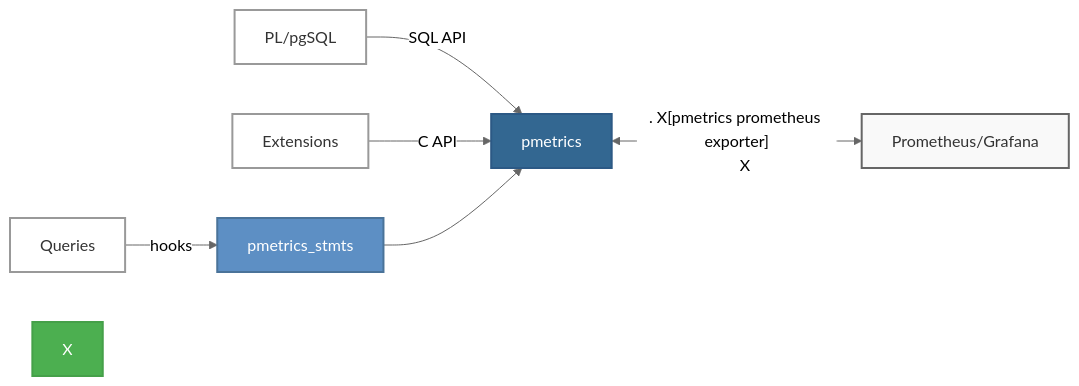
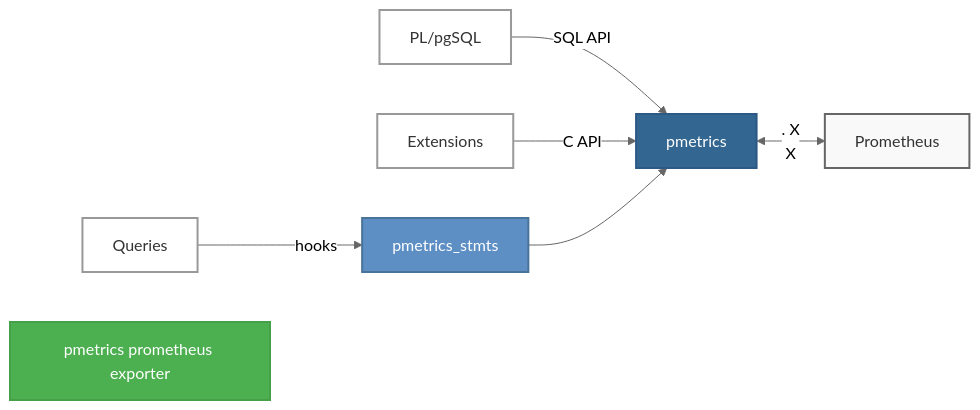
Before and after one commit to v0idpwn-industries/pmetrics: the diagram in README.md, drawn with Mermaid (neutral theme).

````diff
--- a/README.md
+++ b/README.md
@@ -5,22 +5,23 @@
 ```mermaid
 graph LR
     Q[Queries]
     P[PL/pgSQL]
     E[Extensions]
+    X[pmetrics prometheus exporter]
 
     Q -->|hooks| S[pmetrics_stmts]
     P -->|SQL API| C[pmetrics]
     E -->|C API| C
     S --> C
 
-    C <--. X[pmetrics prometheus exporter]
-    X --> M[Prometheus/Grafana]
+    C <--. X
+    X --> M[Prometheus]
 
     style C fill:#336791,stroke:#2c5985,stroke-width:2px,color:#fff
     style S fill:#5d8fc4,stroke:#4a7399,stroke-width:2px,color:#fff
     style X fill:#4CAF50,stroke:#45a049,stroke-width:2px,color:#fff
     style M fill:#f9f9f9,stroke:#666,stroke-width:2px,color:#333
     style Q fill:#fff,stroke:#999,stroke-width:2px,color:#333
     style P fill:#fff,stroke:#999,stroke-width:2px,color:#333
     style E fill:#fff,stroke:#999,stroke-width:2px,color:#333
 ```
````
